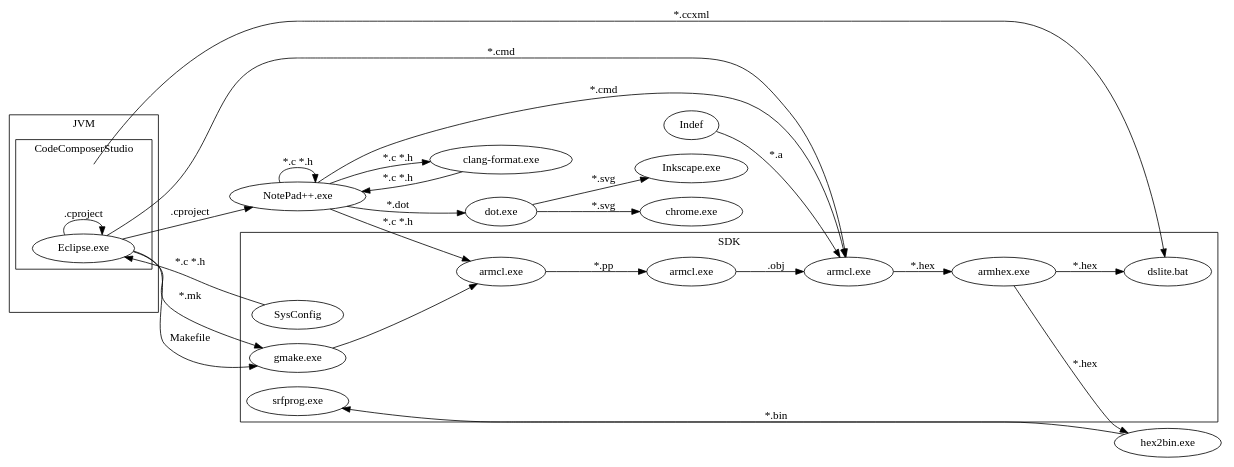
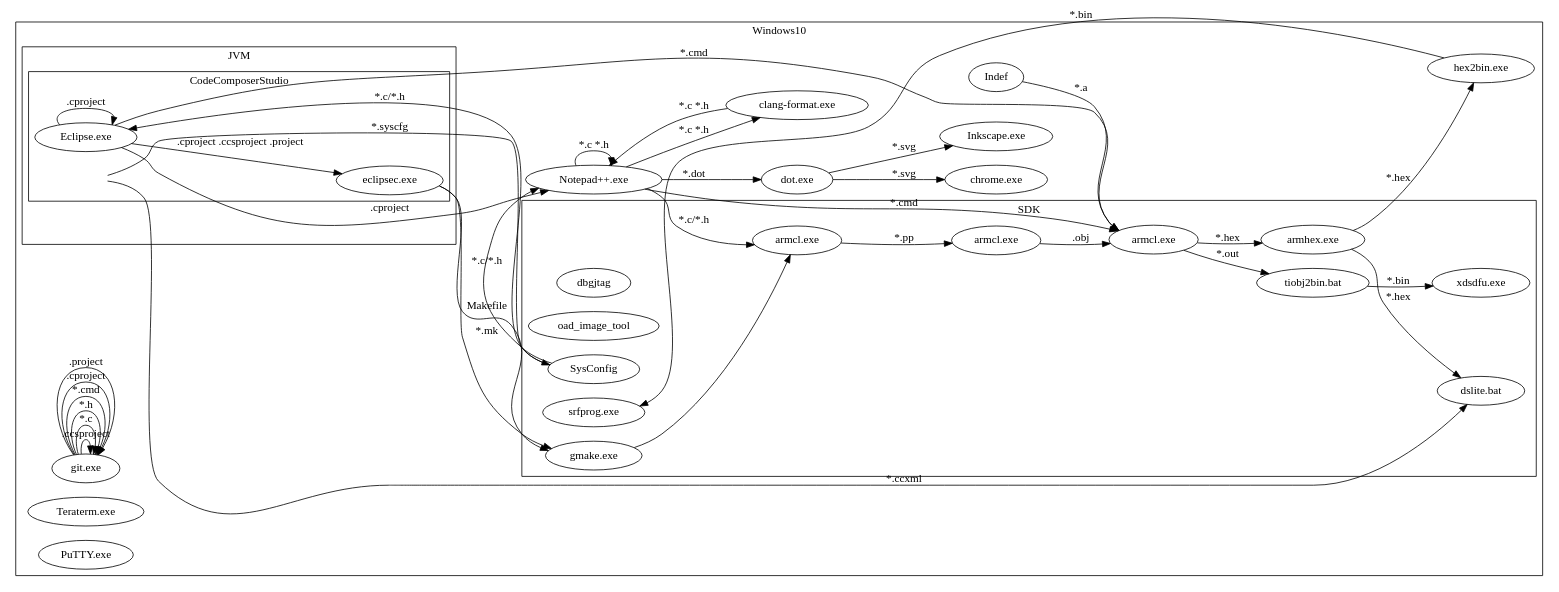
Before and after one commit to aabzel/ti_mcu_code_base: the diagram in docs/CC26x2_ToolChain.dot, drawn with Graphviz. The commit also changed 3 other files, not shown here.

```diff
--- a/docs/CC26x2_ToolChain.dot
+++ b/docs/CC26x2_ToolChain.dot
@@ -1,57 +1,78 @@
 digraph  graphname {
     rankdir=LR;
-
-
-	subgraph clusterJVM  {
-	   label="JVM"
-	   JVM[shape="none"][style="invis"][label=""];
-	    subgraph clusterCSS  {
-	       label="CodeComposerStudio"
-	       CCS[shape="none"][style="invis"][label=""];
-           Eclipse [label="Eclipse.exe"];
+    subgraph clusterWIN10  {
+		label="Windows10"
+		WIN10[shape="none"][style="invis"][label=""];
+    	subgraph clusterJVM  {
+    	   label="JVM"
+    	   JVM[shape="none"][style="invis"][label=""];
+    	    subgraph clusterCSS  {
+    	       label="CodeComposerStudio"
+    	       CCS[shape="none"][style="invis"][label=""];
+               Eclipse [label="Eclipse.exe"];
+    		   eclipsec[label="eclipsec.exe"];
+            }
         }
-    }
-
-	    subgraph clusterSDK  {
-	       label="SDK"
-	       SDK[shape="none"][style="invis"][label=""];
-	       dslite [label="dslite.bat"];
-	SysConfig  [label="SysConfig"];
-	compiler[label="armcl.exe"];
-	Linker [label="armcl.exe"];
-	gmake[label="gmake.exe"]
-	srfprog[label="srfprog.exe"];
-	armhex[label="armhex.exe"];
-    Preprocessor[label="armcl.exe"];
-        }
-		
-	Preprocessor->compiler[label="*.pp"];
-	clangformat [label="clang-format.exe"];
-    Notepadpp [label="NotePad++.exe"];
-	dot [label="dot.exe"];
-	chrome [label="chrome.exe"];
-	Notepadpp->Preprocessor[label="*.c *.h"];
-	Inkscape [label="Inkscape.exe"];
-	SysConfig->Eclipse[label="*.c *.h"];
-	Eclipse->Linker[label="*.cmd"];
-	Notepadpp->Linker[label="*.cmd"];
-	compiler->Linker[label=".obj"];
-	Indef->Linker[label="*.a"];
-	hex2bin[label="hex2bin.exe"];
-	gmake->Preprocessor;
-	armhex->hex2bin[label="*.hex"];
-	Eclipse->Notepadpp[label=".cproject"];
-    Eclipse->Eclipse [label=".cproject"];
-    Notepadpp->Notepadpp[label="*.c *.h"];
-    Notepadpp->clangformat[label="*.c *.h"];
-	clangformat->Notepadpp[label="*.c *.h"];
-	Notepadpp->dot[label="*.dot"];
-	Linker->armhex[label="*.hex"];
-	armhex->dslite[label="*.hex"];
-	CCS->dslite[label="*.ccxml"];
-	hex2bin->srfprog[label="*.bin"];
-	dot->chrome[label="*.svg"];
-	Eclipse->gmake[label="*.mk"];
-	Eclipse->gmake[label="Makefile"];
-	dot->Inkscape[label="*.svg"];
+        GIT [label="git.exe"];
+    	clangformat [label="clang-format.exe"];
+        Notepadpp [label="Notepad++.exe"];
+    	chrome [label="chrome.exe"];
+    	Inkscape [label="Inkscape.exe"];
+		Teraterm [label="Teraterm.exe"];
+		putty [label="PuTTY.exe"];
+    	dot [label="dot.exe"];
+    	    subgraph clusterSDK  {
+    	       label="SDK"
+    	       SDK[shape="none"][style="invis"][label=""];
+		       dbgjtag
+			   oad_image_tool
+    	       dslite [label="dslite.bat"];
+    	       SysConfig  [label="SysConfig"];
+    	       compiler[label="armcl.exe"];
+    	       Linker [label="armcl.exe"];
+    	       gmake[label="gmake.exe"]
+    	       srfprog[label="srfprog.exe"];
+    	       armhex[label="armhex.exe"];
+               Preprocessor[label="armcl.exe"];
+    		   tiobj2bin[label="tiobj2bin.bat"];
+    		   xdsdfu[label="xdsdfu.exe"];
+            }
+    	GIT->GIT[label=".ccsproject"];
+    	GIT->GIT[label="*.c"];
+    	GIT->GIT[label="*.h"];
+    	GIT->GIT[label="*.cmd"];
+    	GIT->GIT[label=".cproject"];
+    	GIT->GIT[label=".project"];
+    
+        Eclipse->eclipsec[label=".cproject .ccsproject .project"];
+    	Preprocessor->compiler[label="*.pp"];
+    	Notepadpp->Preprocessor[label="*.c/*.h"];
+    	SysConfig->Eclipse[label="*.c/*.h"];
+    	CCS->SysConfig [label="*.syscfg"];
+        SysConfig->Notepadpp[label="*.c/*.h"];
+    	Eclipse->Linker[label="*.cmd"];
+    	Notepadpp->Linker[label="*.cmd"];
+    	compiler->Linker[label=".obj"];
+    	Indef->Linker[label="*.a"];
+    	hex2bin[label="hex2bin.exe"];
+    	gmake->Preprocessor;
+    	armhex->hex2bin[label="*.hex"];
+    	Eclipse->Notepadpp[label=".cproject"];
+        Eclipse->Eclipse [label=".cproject"];
+        Notepadpp->Notepadpp[label="*.c *.h"];
+        Notepadpp->clangformat[label="*.c *.h"];
+    	clangformat->Notepadpp[label="*.c *.h"];
+    	Notepadpp->dot[label="*.dot"];
+    	Linker->armhex[label="*.hex"];
+    	armhex->dslite[label="*.hex"];
+    	CCS->dslite[label="*.ccxml"];
+    	hex2bin->srfprog[label="*.bin"];
+    	dot->chrome[label="*.svg"];
+    	eclipsec->gmake[label="*.mk"];
+    	eclipsec->gmake[label="Makefile"];
+    	dot->Inkscape[label="*.svg"];
+    	Linker->tiobj2bin[label="*.out"];
+    	tiobj2bin->xdsdfu[label="*.bin"];
+	//[label="*.xscfg"];
+	}
 }
```
